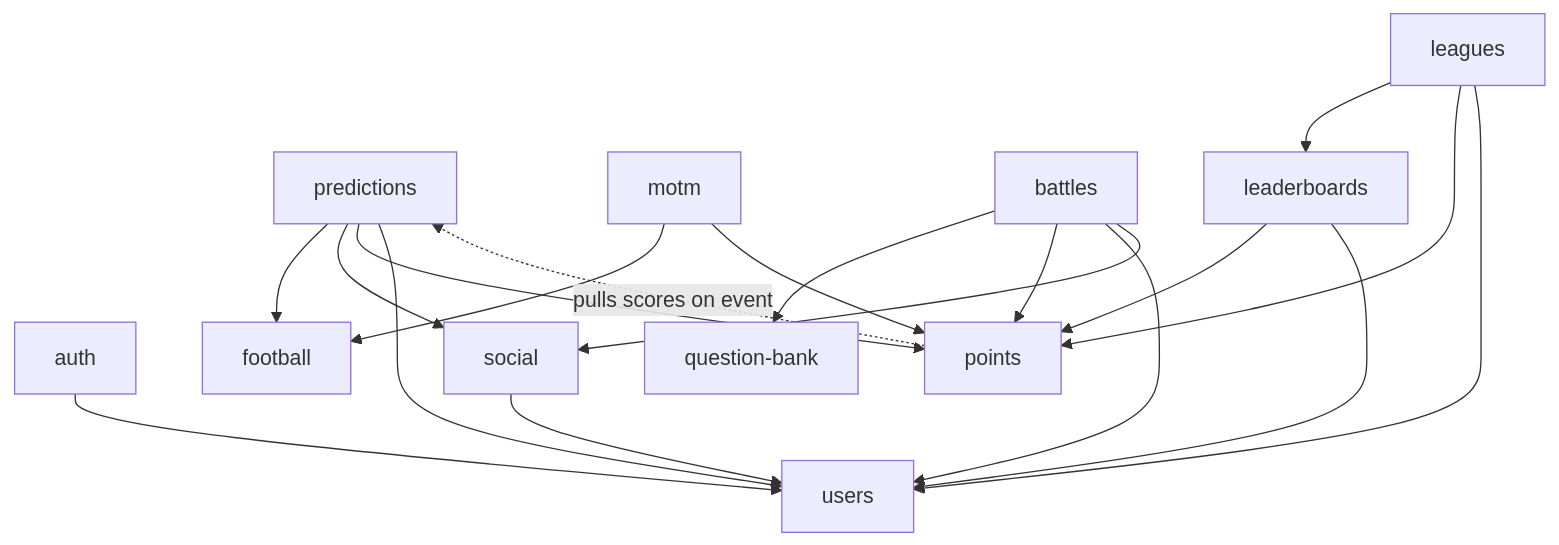
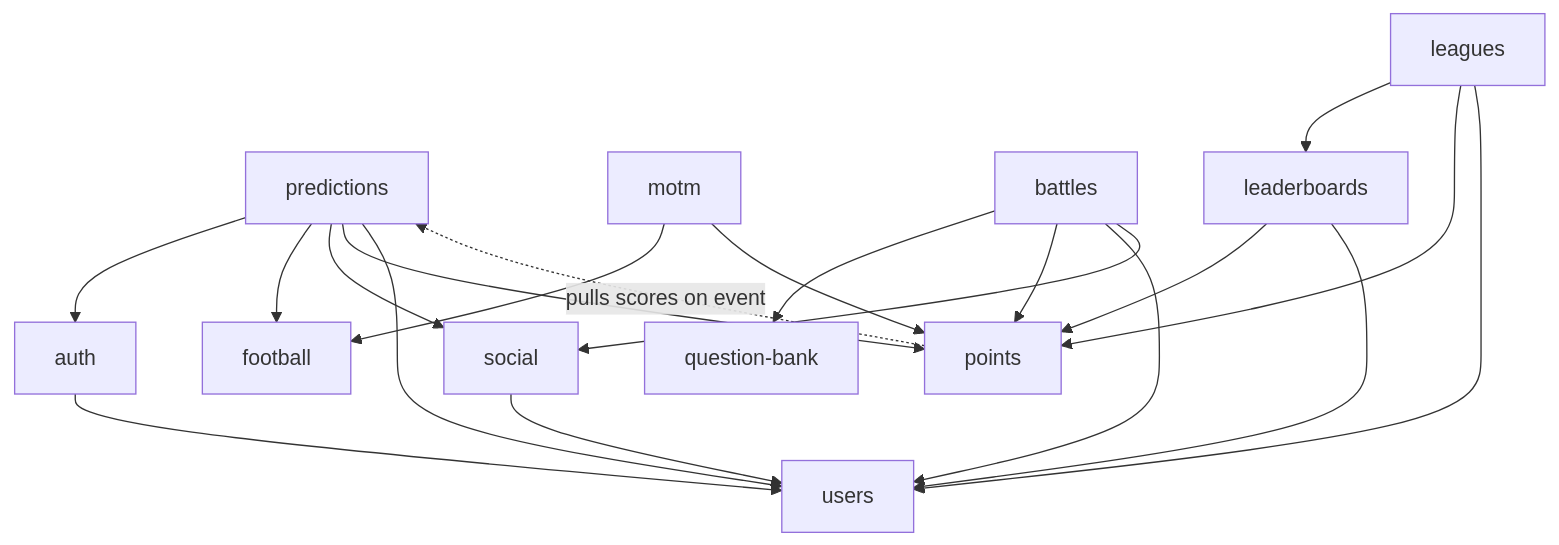
One commit to the-game22027/22027 changed the diagram in docs/architecture/01-modules.md. Above: the diagram before and after it, drawn with Mermaid. The commit also changed 4 other files, not shown here.

Commit message:
docs(architecture): record the prediction write, DEC-51 and the P3 plan

````diff
--- a/docs/architecture/01-modules.md
+++ b/docs/architecture/01-modules.md
@@ -156,21 +156,22 @@
 ```mermaid
 flowchart TD
   auth --> users
   social --> users
+  predictions --> auth
   predictions --> football
   predictions --> social
   predictions --> points
   predictions --> users
   motm --> football
   motm --> points
   battles --> question_bank[question-bank]
   battles --> points
   battles --> users
   battles --> social
   leaderboards --> points
   leaderboards --> users
   leagues --> leaderboards
   leagues --> points
   leagues --> users
   points -. pulls scores on event .-> predictions
 ```
````
